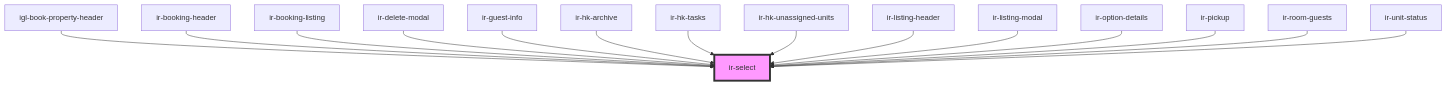
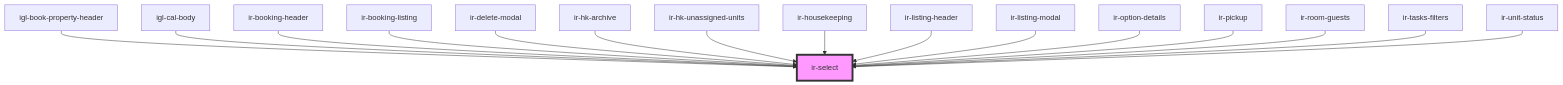
One commit to David1Chowaifaty/modified-ir-webcmp changed the diagram in src/components/ir-select/readme.md. Above: the diagram before and after it, drawn with Mermaid. The commit also changed other lines of this file and 34 other files, not shown here.

````diff
--- a/src/components/ir-select/readme.md
+++ b/src/components/ir-select/readme.md
@@ -61,18 +62,19 @@
 ```mermaid
 graph TD;
   igl-book-property-header --> ir-select
+  igl-cal-body --> ir-select
   ir-booking-header --> ir-select
   ir-booking-listing --> ir-select
   ir-delete-modal --> ir-select
-  ir-guest-info --> ir-select
   ir-hk-archive --> ir-select
-  ir-hk-tasks --> ir-select
   ir-hk-unassigned-units --> ir-select
+  ir-housekeeping --> ir-select
   ir-listing-header --> ir-select
   ir-listing-modal --> ir-select
   ir-option-details --> ir-select
   ir-pickup --> ir-select
   ir-room-guests --> ir-select
+  ir-tasks-filters --> ir-select
   ir-unit-status --> ir-select
   style ir-select fill:#f9f,stroke:#333,stroke-width:4px
 ```
````
